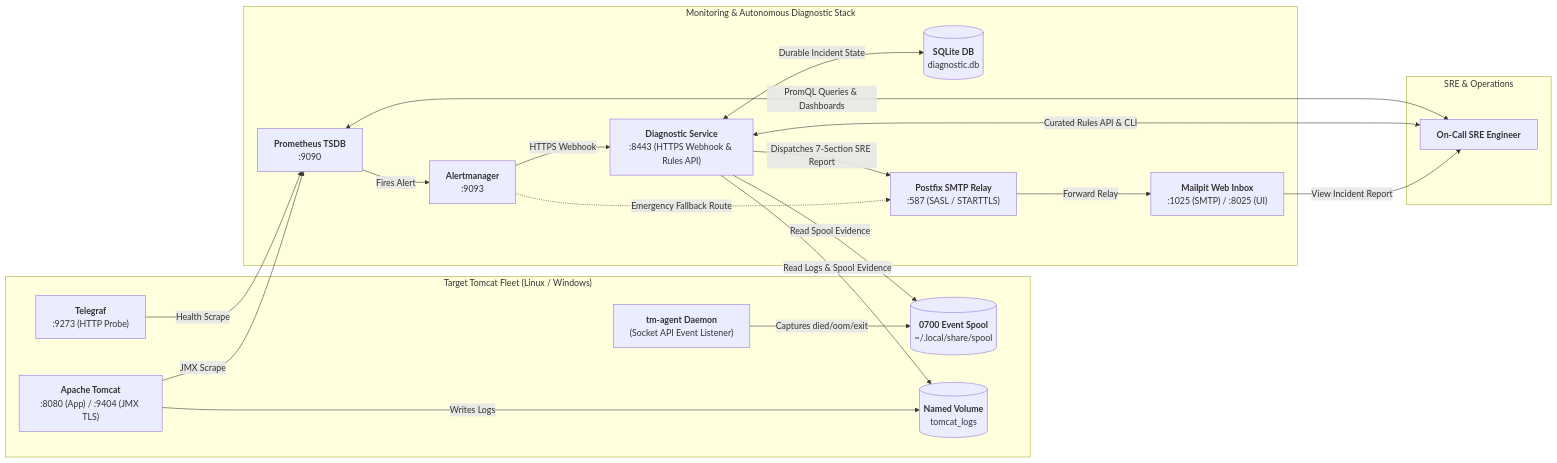
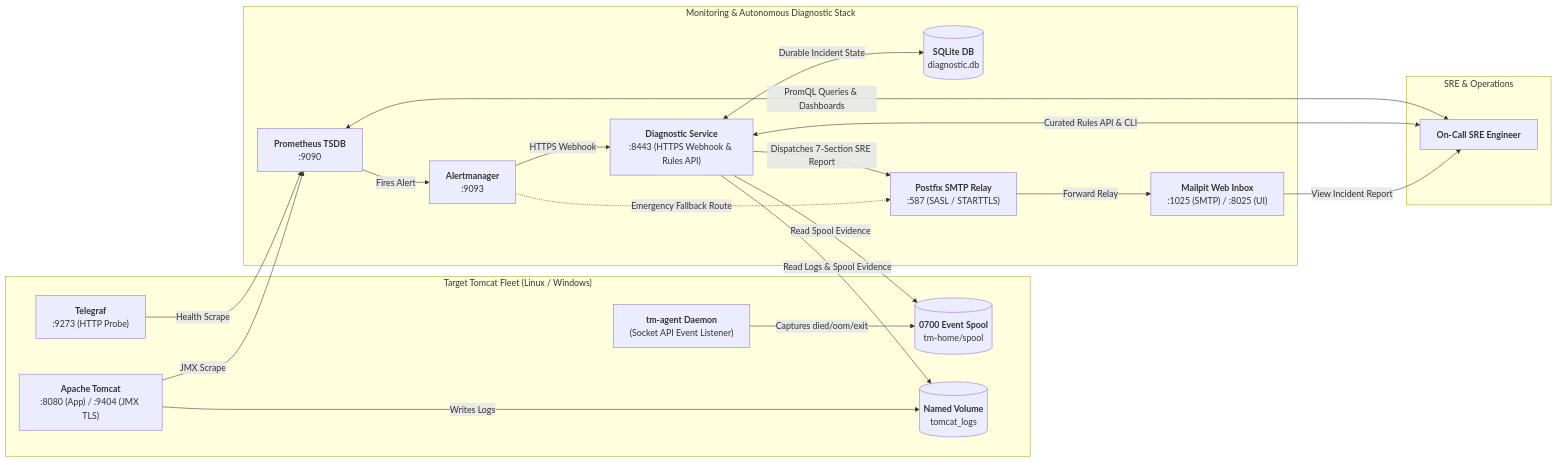
Before and after one commit to edkas07-oss/tomcat-monitoring: the diagram in README.md, drawn with Mermaid. The commit also changed other lines of this file and 2 other files, not shown here.

````diff
--- a/README.md
+++ b/README.md
@@ -187,40 +84,40 @@
 ```mermaid
 flowchart LR
     subgraph TargetHost ["Target Tomcat Fleet (Linux / Windows)"]
         TOMCAT["<b>Apache Tomcat</b><br/>:8080 (App) / :9404 (JMX TLS)"]
         TELEGRAF["<b>Telegraf</b><br/>:9273 (HTTP Probe)"]
         AGENT["<b>tm-agent Daemon</b><br/>(Socket API Event Listener)"]
-        SPOOL[("<b>0700 Event Spool</b><br/>~/.local/share/spool")]
+        SPOOL[("<b>0700 Event Spool</b><br/>tm-home/spool")]
         LOGS[("<b>Named Volume</b><br/>tomcat_logs")]
         
         TOMCAT -->|Writes Logs| LOGS
         AGENT -->|Captures died/oom/exit| SPOOL
     end
 
     subgraph MonitoringCore ["Monitoring & Autonomous Diagnostic Stack"]
         PROM["<b>Prometheus TSDB</b><br/>:9090"]
         AM["<b>Alertmanager</b><br/>:9093"]
         DS["<b>Diagnostic Service</b><br/>:8443 (HTTPS Webhook & Rules API)"]
         SQLITE[("<b>SQLite DB</b><br/>diagnostic.db")]
         POSTFIX["<b>Postfix SMTP Relay</b><br/>:587 (SASL / STARTTLS)"]
         MAILPIT["<b>Mailpit Web Inbox</b><br/>:1025 (SMTP) / :8025 (UI)"]
         
         TOMCAT -->|JMX Scrape| PROM
         TELEGRAF -->|Health Scrape| PROM
         PROM -->|Fires Alert| AM
         AM -->|HTTPS Webhook| DS
         AM -.->|Emergency Fallback Route| POSTFIX
         DS <-->|Durable Incident State| SQLITE
         DS -->|Read Logs & Spool Evidence| LOGS
         DS -->|Read Spool Evidence| SPOOL
         DS -->|Dispatches 7-Section SRE Report| POSTFIX
         POSTFIX -->|Forward Relay| MAILPIT
     end
 
     subgraph SREClient ["SRE & Operations"]
         SRE["<b>On-Call SRE Engineer</b>"]
         MAILPIT -->|View Incident Report| SRE
         SRE <-->|Curated Rules API & CLI| DS
         SRE <-->|PromQL Queries & Dashboards| PROM
     end
 ```
````
